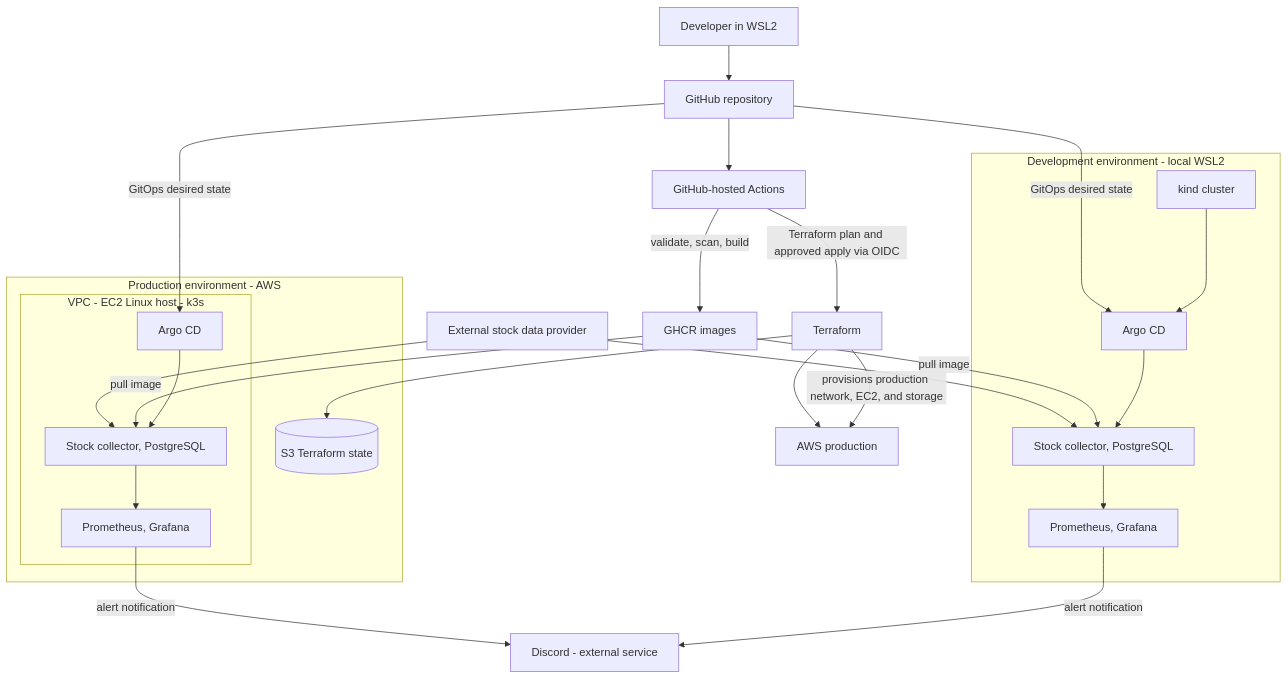
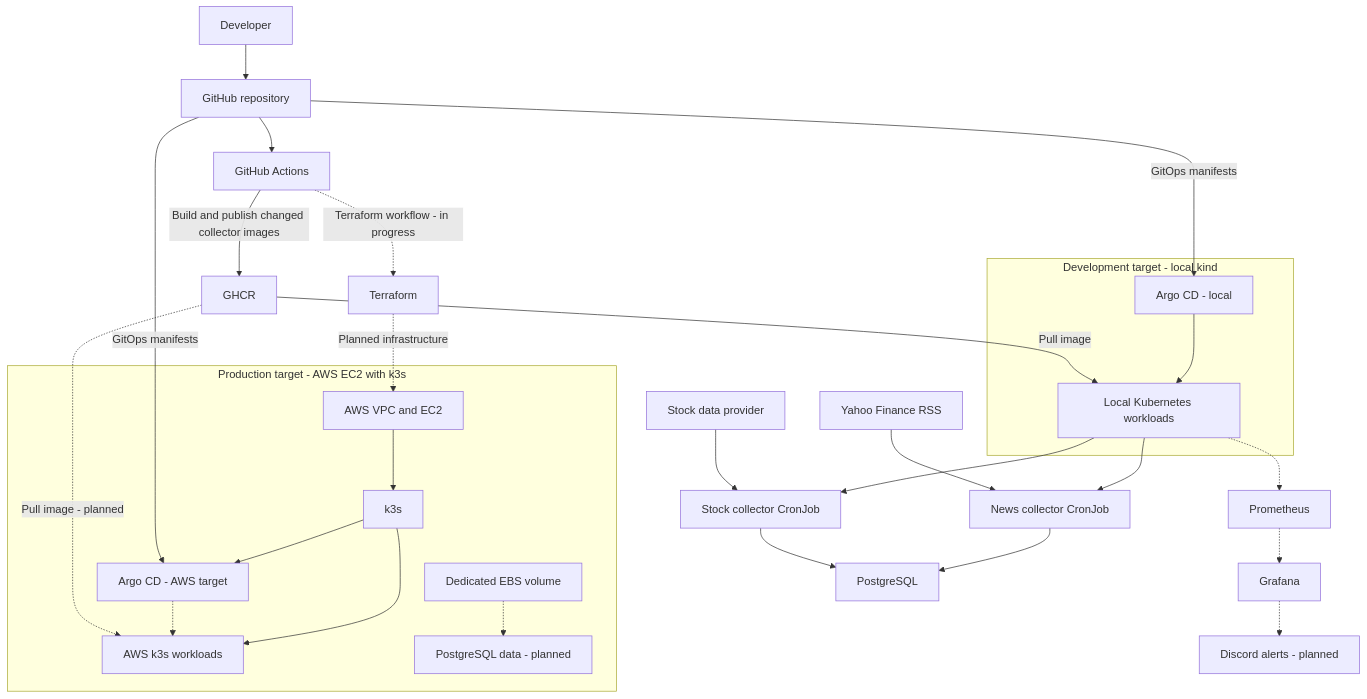
The diagram in README.md (dandapss/DevOps_Event_Intelligence_Platform), drawn with Mermaid before and after one commit. The commit also changed other lines of this file, not shown here.

Commit message:
.. [skip ci]

````diff
--- a/README.md
+++ b/README.md
@@ -15,41 +7,37 @@
-~~~mermaid
+```mermaid
 flowchart TB
-  Dev[Developer in WSL2] --> Git[GitHub repository]
-  Git --> Runner[GitHub-hosted Actions]
-  Runner -->|validate, scan, build| GHCR[GHCR images]
-  Runner -->|Terraform plan and approved apply via OIDC| TF[Terraform]
-  TF -->|provisions production network, EC2, and storage| AWS[AWS production]
+  Dev[Developer] --> Repo[GitHub repository]
+  Repo --> Actions[GitHub Actions]
+  Actions -->|Build and publish changed collector images| GHCR[GHCR]
+  Actions -.->|Terraform workflow - in progress| TF[Terraform]
+  TF -.->|Planned infrastructure| VPC[AWS VPC and EC2]
 
-  subgraph LOCAL["Development environment - local WSL2"]
-    Kind[kind cluster]
-    DArgo[Argo CD]
-    DApps[Stock collector, PostgreSQL]
-    DObs[Prometheus, Grafana]
-    Kind --> DArgo
-    DArgo --> DApps
-    DApps --> DObs
+  Repo -->|GitOps manifests| ArgoLocal[Argo CD - local]
+  Repo -->|GitOps manifests| ArgoProd[Argo CD - AWS target]
+  GHCR -->|Pull image| AppsLocal[Local Kubernetes workloads]
+  GHCR -.->|Pull image - planned| AppsProd[AWS k3s workloads]
+  ArgoLocal --> AppsLocal
+  ArgoProd -.-> AppsProd
+
+  subgraph Local[Development target - local kind]
+    ArgoLocal
+    AppsLocal
   end
 
-  subgraph PROD["Production environment - AWS"]
-    subgraph EC2K3S["VPC - EC2 Linux host - k3s"]
-      PArgo[Argo CD]
-      PApps[Stock collector, PostgreSQL]
-      PObs[Prometheus, Grafana]
-      PArgo --> PApps
-      PApps --> PObs
-    end
-    State[(S3 Terraform state)]
+  subgraph Cloud[Production target - AWS EC2 with k3s]
+    VPC --> K3s[k3s]
+    K3s --> ArgoProd
+    K3s --> AppsProd
+    EBS[Dedicated EBS volume] -.-> PGData[PostgreSQL data - planned]
   end
 
-  TF --> AWS
-  TF --> State
-  Git -->|GitOps desired state| DArgo
-  Git -->|GitOps desired state| PArgo
-  GHCR -->|pull image| DApps
-  GHCR -->|pull image| PApps
-
-  StockAPI[External stock data provider] --> DApps
-  StockAPI --> PApps
-  DObs -->|alert notification| Discord[Discord - external service]
-  PObs -->|alert notification| Discord
-~~~
+  StockAPI[Stock data provider] --> Stock[Stock collector CronJob]
+  NewsRSS[Yahoo Finance RSS] --> News[News collector CronJob]
+  AppsLocal --> Stock
+  AppsLocal --> News
+  Stock --> PGLocal[PostgreSQL]
+  News --> PGLocal
+  AppsLocal -.-> Prom[Prometheus]
+  Prom -.-> Grafana[Grafana]
+  Grafana -.-> Discord[Discord alerts - planned]
+```
````
